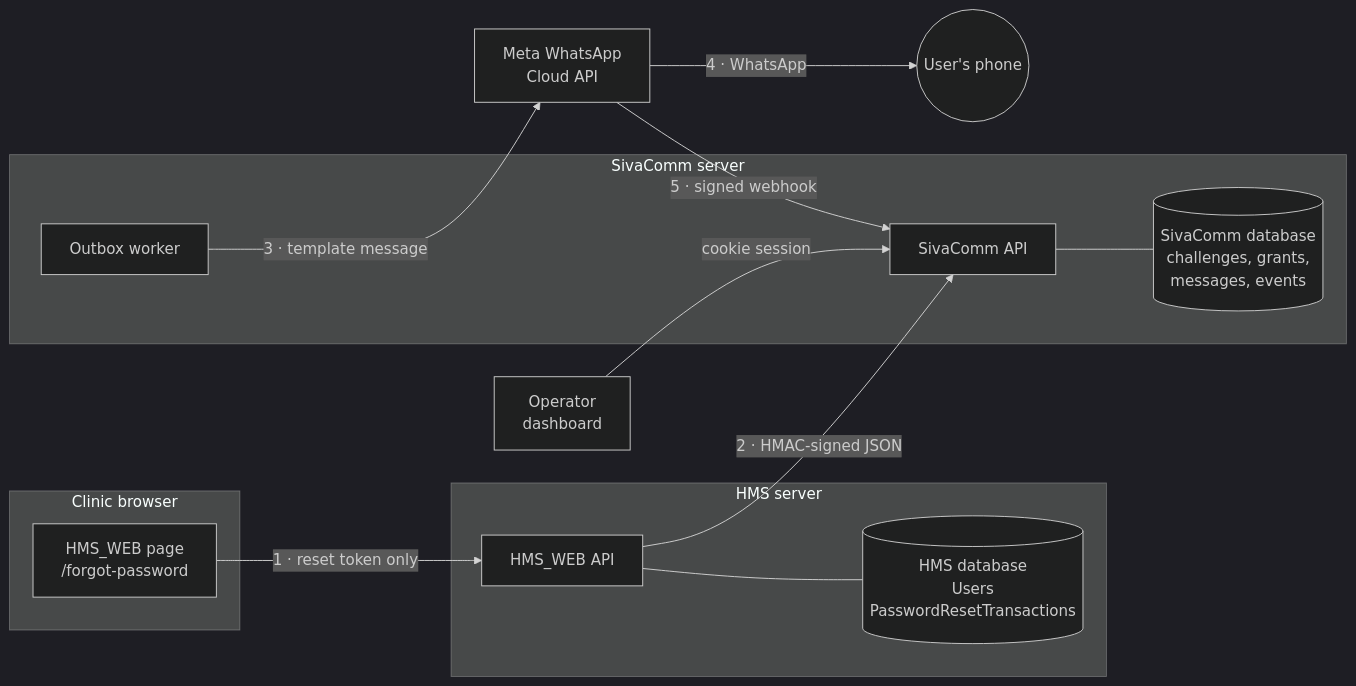
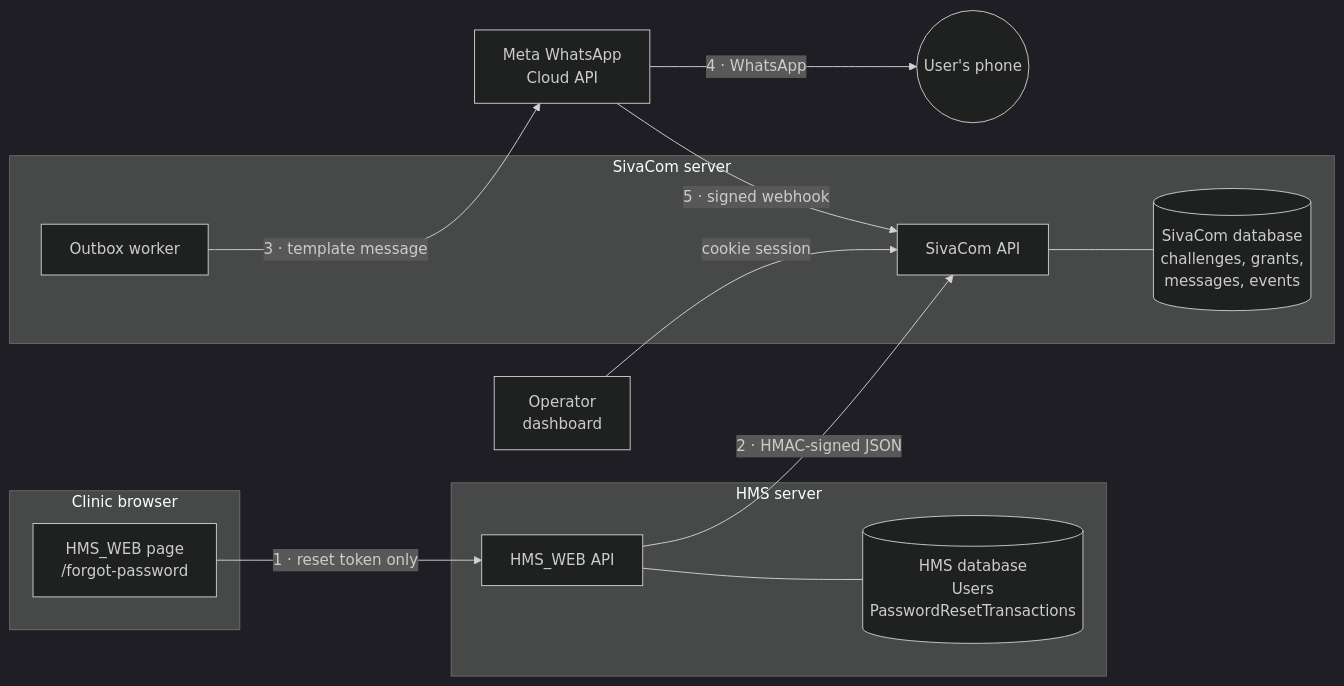
Before and after one commit to yugandharsimhadri/SivaComm: the first of 9 diagrams in docs/WORKFLOWS.md, drawn with Mermaid (dark theme). The commit also changed other lines of this file and 127 other files, not shown here.

First line of the commit message:
Rename SivaComm to SivaCom everywhere except the database user

````diff
--- a/docs/WORKFLOWS.md
+++ b/docs/WORKFLOWS.md
@@ -20,27 +20,27 @@
 ```mermaid
 flowchart LR
     subgraph Clinic browser
         B[HMS_WEB page<br/>/forgot-password]
     end
     subgraph HMS server
         H[HMS_WEB API]
         HD[(HMS database<br/>Users<br/>PasswordResetTransactions)]
     end
-    subgraph SivaComm server
-        S[SivaComm API]
+    subgraph SivaCom server
+        S[SivaCom API]
         W[Outbox worker]
-        SD[(SivaComm database<br/>challenges, grants,<br/>messages, events)]
+        SD[(SivaCom database<br/>challenges, grants,<br/>messages, events)]
     end
     M[Meta WhatsApp<br/>Cloud API]
     P((User's phone))
     O[Operator<br/>dashboard]
 
     B -- "1 · reset token only" --> H
     H --- HD
     H -- "2 · HMAC-signed JSON" --> S
     S --- SD
     W -- "3 · template message" --> M
     M -- "4 · WhatsApp" --> P
     M -- "5 · signed webhook" --> S
     O -- "cookie session" --> S
 ```
````
